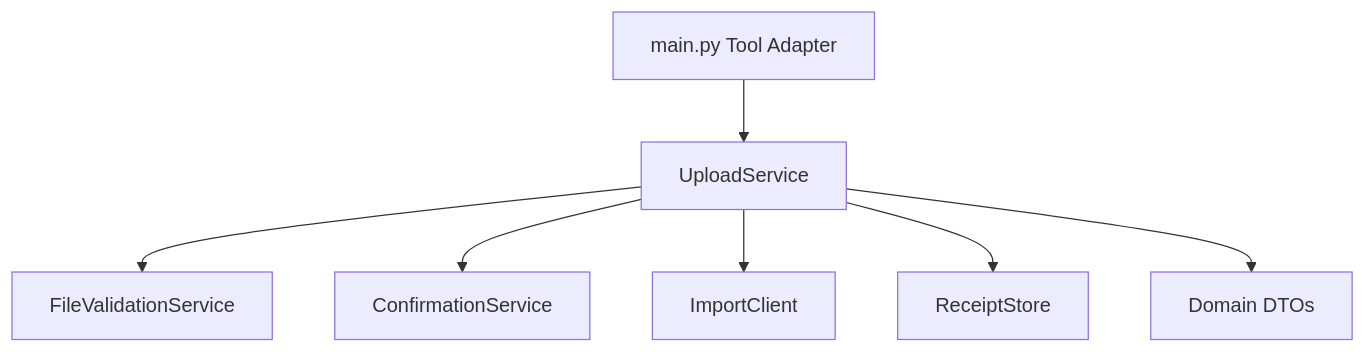
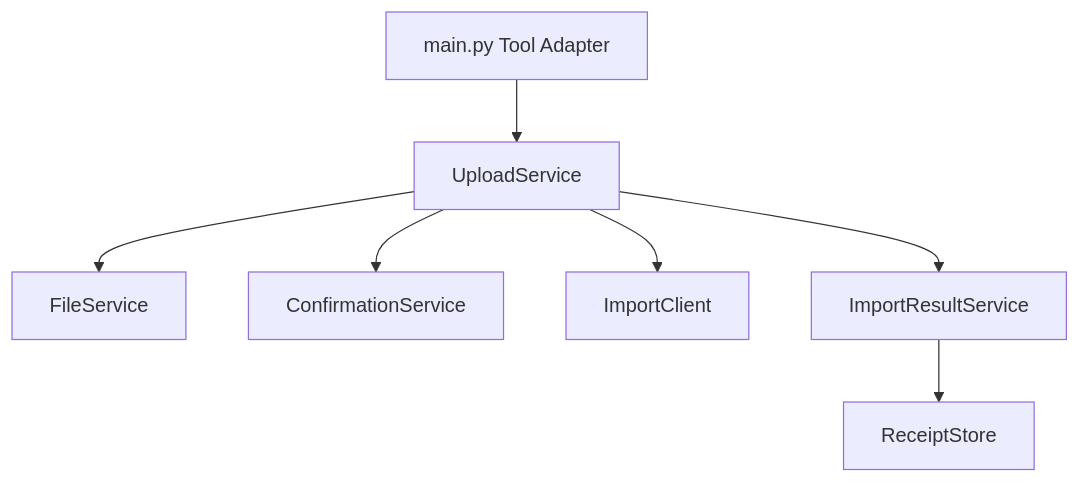
Before and after one commit to Ri0n72Y/ContractBotConfig: the second of 3 diagrams in docs/review/refactor-target.md, drawn with Mermaid. The commit also changed other lines of this file and 43 other files, not shown here.

````diff
--- a/docs/review/refactor-target.md
+++ b/docs/review/refactor-target.md
@@ -90,17 +67,17 @@
 ```mermaid
 flowchart TD
     Main[main.py Tool Adapter]
     UploadService[UploadService]
-    Validator[FileValidationService]
+    Validator[FileService]
     Confirmation[ConfirmationService]
     ImportClient[ImportClient]
+    ResultService[ImportResultService]
     ReceiptStore[ReceiptStore]
-    Domain[Domain DTOs]
 
     Main --> UploadService
     UploadService --> Validator
     UploadService --> Confirmation
     UploadService --> ImportClient
-    UploadService --> ReceiptStore
-    UploadService --> Domain
+    UploadService --> ResultService
+    ResultService --> ReceiptStore
 ```
````
